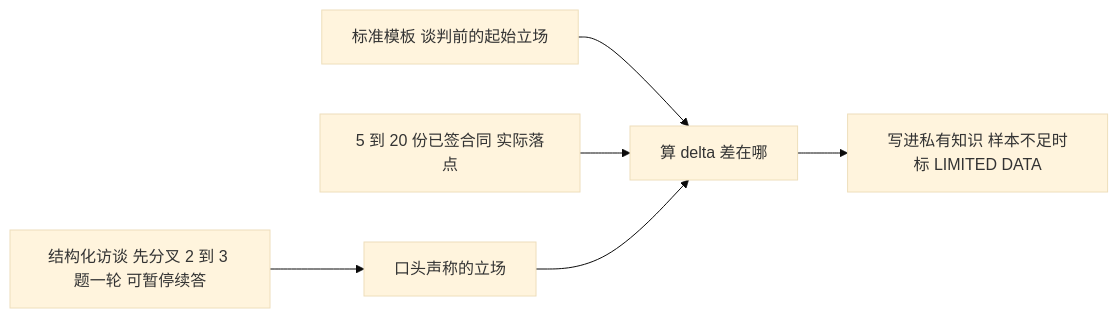
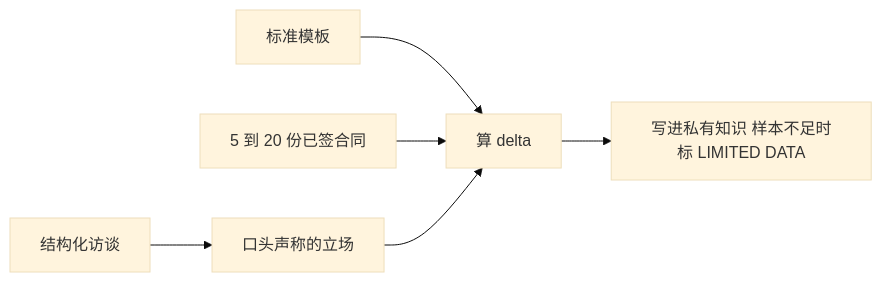
The fourth of 7 diagrams in book/08-claude-for-legal.md (diguike/book-source-reading), drawn with Mermaid (base theme) before and after one commit. The commit also changed other lines of this file and 14 other files, not shown here.

````diff
--- a/book/08-claude-for-legal.md
+++ b/book/08-claude-for-legal.md
@@ -483,8 +461,8 @@
 ```mermaid
 flowchart LR
-    Q[结构化访谈 先分叉 2 到 3 题一轮 可暂停续答] --> ST[口头声称的立场]
-    TP[标准模板 谈判前的起始立场] --> DE[算 delta 差在哪]
-    SG[5 到 20 份已签合同 实际落点] --> DE
+    Q[结构化访谈] --> ST[口头声称的立场]
+    TP[标准模板] --> DE[算 delta]
+    SG[5 到 20 份已签合同] --> DE
     ST --> DE
     DE --> RP[写进私有知识 样本不足时标 LIMITED DATA]
 ```
````
